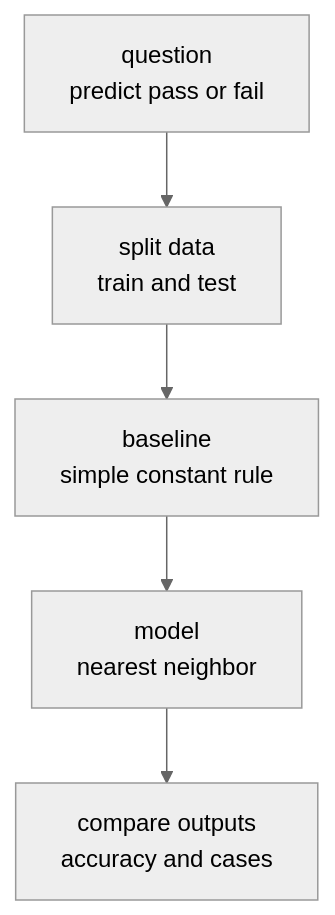
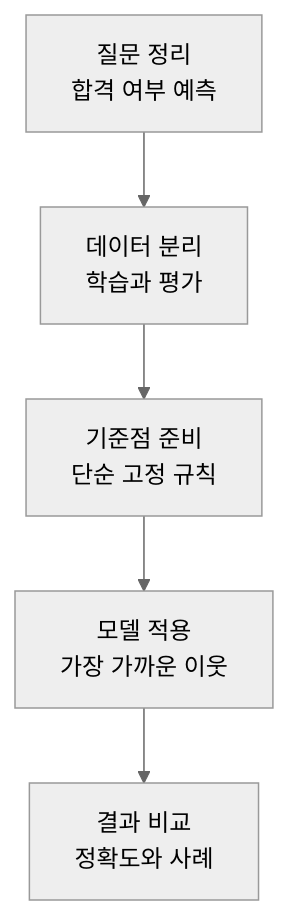
One commit to devchan64/AiBook changed the diagram in docs/parts/part-07/chapter-02/section-01.md. Above: the diagram before and after it, drawn with Mermaid (neutral theme). The commit also changed other lines of this file and 15 other files, not shown here.

````diff
--- a/docs/parts/part-07/chapter-02/section-01.md
+++ b/docs/parts/part-07/chapter-02/section-01.md
@@ -58,10 +52,10 @@
 ```mermaid
 flowchart TD
-  A["question<br/>predict pass or fail"]
-  B["split data<br/>train and test"]
-  C["baseline<br/>simple constant rule"]
-  D["model<br/>nearest neighbor"]
-  E["compare outputs<br/>accuracy and cases"]
+  A["질문 정리<br/>합격 여부 예측"]
+  B["데이터 분리<br/>학습과 평가"]
+  C["기준점 준비<br/>단순 고정 규칙"]
+  D["모델 적용<br/>가장 가까운 이웃"]
+  E["결과 비교<br/>정확도와 사례"]
 
   A --> B --> C --> D --> E
 ```
````
